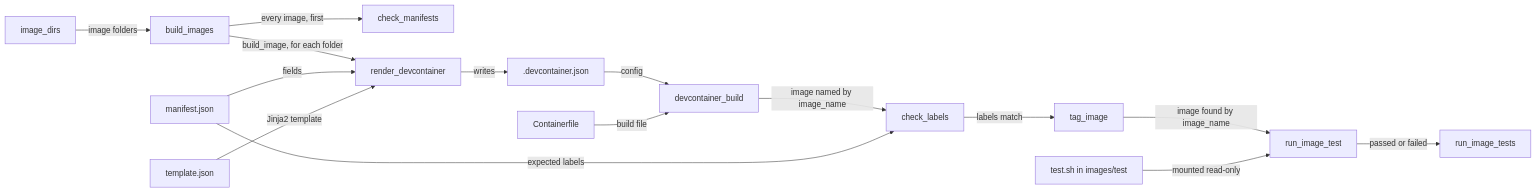
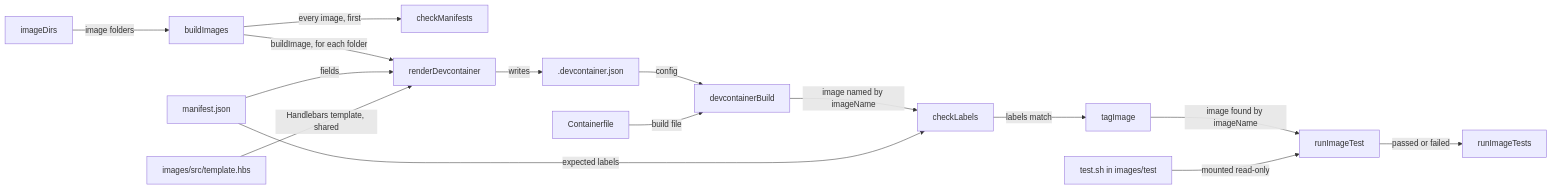
The diagram in docs/images/overview.md (froazin/devcontainers), drawn with Mermaid before and after one commit. The commit also changed other lines of this file and 63 other files, not shown here.

````diff
--- a/docs/images/overview.md
+++ b/docs/images/overview.md
@@ -15,19 +15,19 @@
 ```mermaid
 flowchart LR
     accTitle: The image pipeline
-    accDescr: image_dirs finds each image folder with a manifest.json and a template.json, and passes the folders to build_images. build_images runs check_manifests on every image first, then build_image for each folder. render_devcontainer renders template.json with the fields of manifest.json and writes .devcontainer.json. devcontainer_build builds the image from it and the Containerfile, under the name image_name gives it. check_labels compares the built image's labels with the manifest's, and tag_image then tags it. run_image_test runs test.sh from images/test in a podman container of that image, and run_image_tests collects the results.
-    discovery["image_dirs"] -->|image folders| build["build_images"]
-    build -->|every image, first| check["check_manifests"]
-    build -->|build_image, for each folder| render["render_devcontainer"]
+    accDescr: imageDirs finds each image folder with a manifest.json, and passes the folders to buildImages. buildImages runs checkManifests on every image first, then buildImage for each folder. renderDevcontainer renders the shared images/src/template.hbs with the fields of manifest.json and writes .devcontainer.json into the image folder. devcontainerBuild builds the image from it and the Containerfile, under the name imageName gives it. checkLabels compares the built image's labels with the manifest's, and tagImage then tags it. runImageTest runs test.sh from images/test in a Docker container of that image, and runImageTests collects the results.
+    discovery["imageDirs"] -->|image folders| build["buildImages"]
+    build -->|every image, first| check["checkManifests"]
+    build -->|buildImage, for each folder| render["renderDevcontainer"]
     manifest["manifest.json"] -->|fields| render
-    template["template.json"] -->|Jinja2 template| render
+    template["images/src/template.hbs"] -->|Handlebars template, shared| render
     render -->|writes| devcontainer[".devcontainer.json"]
-    devcontainer -->|config| cli["devcontainer_build"]
+    devcontainer -->|config| cli["devcontainerBuild"]
     containerfile["Containerfile"] -->|build file| cli
-    cli -->|image named by image_name| labels["check_labels"]
+    cli -->|image named by imageName| labels["checkLabels"]
     manifest -->|expected labels| labels
-    labels -->|labels match| tag["tag_image"]
-    tag -->|image found by image_name| test["run_image_test"]
+    labels -->|labels match| tag["tagImage"]
+    tag -->|image found by imageName| test["runImageTest"]
     testsh["test.sh in images/test"] -->|mounted read-only| test
-    test -->|passed or failed| tests["run_image_tests"]
+    test -->|passed or failed| tests["runImageTests"]
 ```
````
